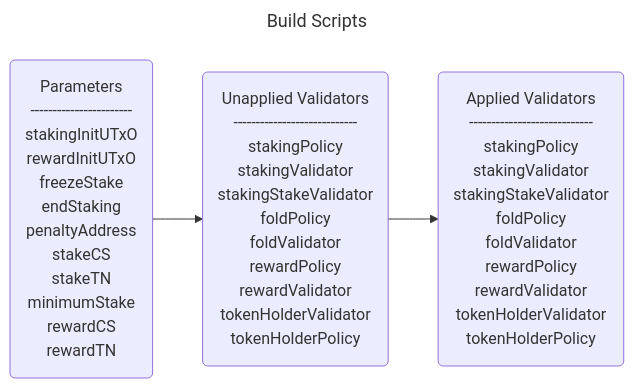
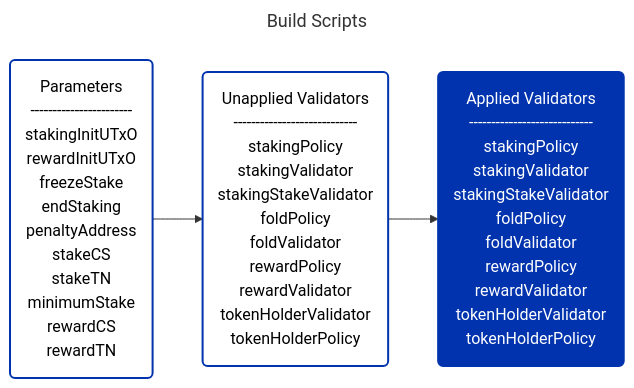
Before and after one commit to cardano-foundation/developer-portal: the second of 9 diagrams in docs/smart-contracts/smart-contract-languages/plutarch/production-grade-dapps/single-asset-staking.md, drawn with Mermaid. The commit also changed other lines of this file and 14 other files, not shown here.

Commit message:
cardano unified color scheme for mermaid diagrams

````diff
--- a/docs/smart-contracts/smart-contract-languages/plutarch/production-grade-dapps/single-asset-staking.md
+++ b/docs/smart-contracts/smart-contract-languages/plutarch/production-grade-dapps/single-asset-staking.md
@@ -73,46 +73,50 @@
 ```mermaid
 ---
 title: Build Scripts
 ---
 graph LR
     P("Parameters
     -----------------------
         stakingInitUTxO
         rewardInitUTxO
         freezeStake
         endStaking
         penaltyAddress
         stakeCS
         stakeTN
         minimumStake
         rewardCS
         rewardTN
     ")
     UV("Unapplied Validators
     ----------------------------
         stakingPolicy
         stakingValidator
         stakingStakeValidator
         foldPolicy
         foldValidator
         rewardPolicy
         rewardValidator
         tokenHolderValidator
         tokenHolderPolicy
     ")
     AV("Applied Validators
     ----------------------------
         stakingPolicy
         stakingValidator
         stakingStakeValidator
         foldPolicy
         foldValidator
         rewardPolicy
         rewardValidator
         tokenHolderValidator
         tokenHolderPolicy
     ")
     P --> UV
     UV --> AV
 
+    style P fill:#FFFFFF,stroke:#0033AD,stroke-width:2px,color:#000000
+    style UV fill:#FFFFFF,stroke:#0033AD,stroke-width:2px,color:#000000
+    style AV fill:#0033AD,stroke:#0033AD,stroke-width:2px,color:#FFFFFF
+
 ```
````
